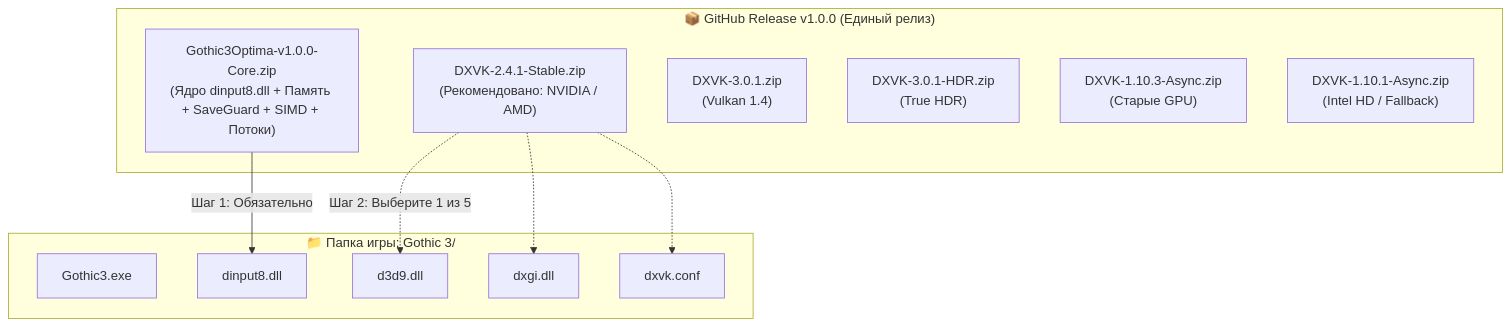
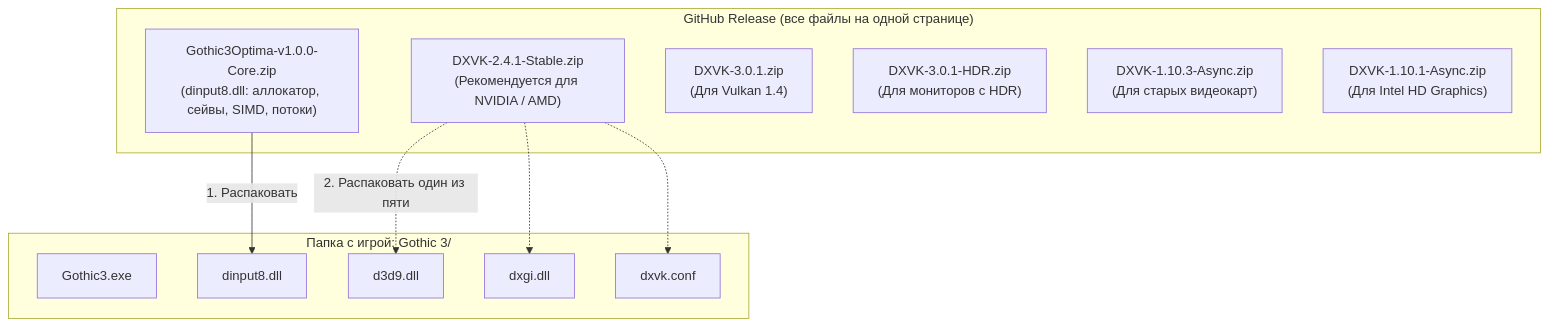
The first of 2 diagrams in README.md (VadimGlinskiy/G3O), drawn with Mermaid before and after one commit. The commit also changed other lines of this file and 1 other file, not shown here.

````diff
--- a/README.md
+++ b/README.md
@@ -45,24 +42,24 @@
 ```mermaid
 graph TD
-    subgraph GitHub_Release ["📦 GitHub Release v1.0.0 (Единый релиз)"]
-        Core["Gothic3Optima-v1.0.0-Core.zip<br/>(Ядро dinput8.dll + Память + SaveGuard + SIMD + Потоки)"]
-        DXVK1["DXVK-2.4.1-Stable.zip<br/>(Рекомендовано: NVIDIA / AMD)"]
-        DXVK2["DXVK-3.0.1.zip<br/>(Vulkan 1.4)"]
-        DXVK3["DXVK-3.0.1-HDR.zip<br/>(True HDR)"]
-        DXVK4["DXVK-1.10.3-Async.zip<br/>(Старые GPU)"]
-        DXVK5["DXVK-1.10.1-Async.zip<br/>(Intel HD / Fallback)"]
+    subgraph GitHub_Release ["GitHub Release (все файлы на одной странице)"]
+        Core["Gothic3Optima-v1.0.0-Core.zip<br/>(dinput8.dll: аллокатор, сейвы, SIMD, потоки)"]
+        DXVK1["DXVK-2.4.1-Stable.zip<br/>(Рекомендуется для NVIDIA / AMD)"]
+        DXVK2["DXVK-3.0.1.zip<br/>(Для Vulkan 1.4)"]
+        DXVK3["DXVK-3.0.1-HDR.zip<br/>(Для мониторов с HDR)"]
+        DXVK4["DXVK-1.10.3-Async.zip<br/>(Для старых видеокарт)"]
+        DXVK5["DXVK-1.10.1-Async.zip<br/>(Для Intel HD Graphics)"]
     end
 
-    subgraph Game_Folder ["📁 Папка игры: Gothic 3/"]
+    subgraph Game_Folder ["Папка с игрой: Gothic 3/"]
         EXE["Gothic3.exe"]
         DLL["dinput8.dll"]
         D3D9["d3d9.dll"]
         DXGI["dxgi.dll"]
         CONF["dxvk.conf"]
     end
 
-    Core -->|"Шаг 1: Обязательно"| DLL
-    DXVK1 -.->|"Шаг 2: Выберите 1 из 5"| D3D9
+    Core -->|"1. Распаковать"| DLL
+    DXVK1 -.->|"2. Распаковать один из пяти"| D3D9
     DXVK1 -.-> DXGI
     DXVK1 -.-> CONF
 ```
````
